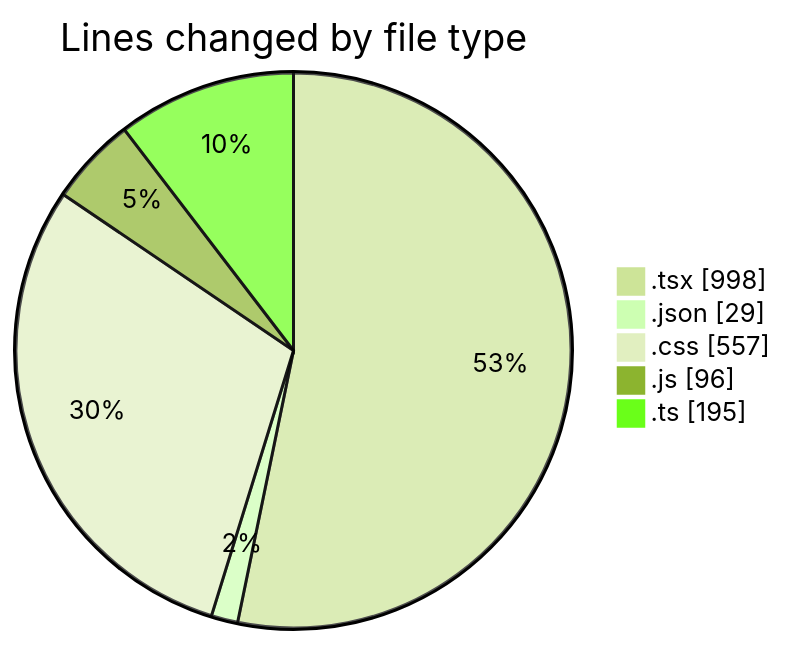
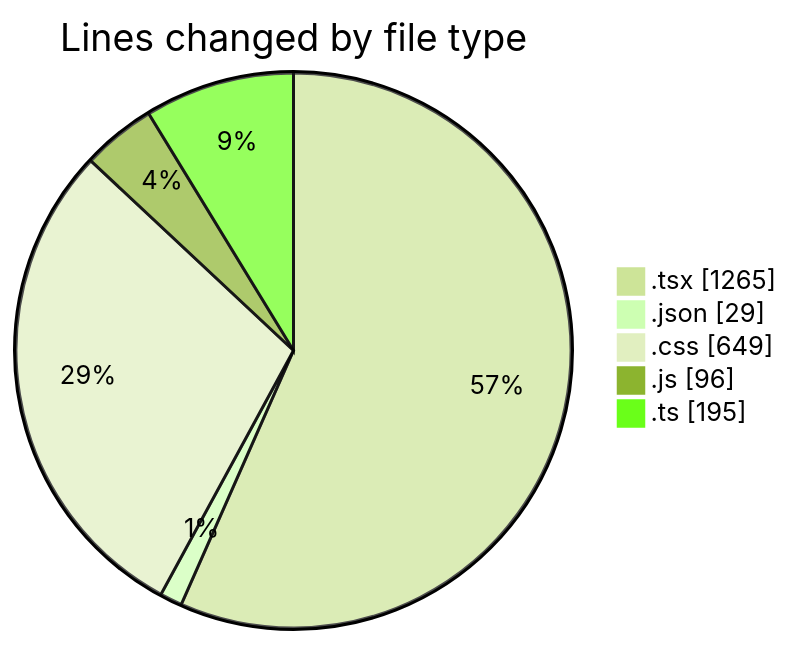
Before and after one commit to Elitesun/code-tracking: the first of 2 diagrams in 2025-05-15/laala_boost/README.md, drawn with Mermaid (forest theme). The commit also changed other lines of this file and 1 other file, not shown here.

````diff
--- a/2025-05-15/laala_boost/README.md
+++ b/2025-05-15/laala_boost/README.md
@@ -31,9 +31,9 @@
 ```mermaid
 pie showData
 title Lines changed by file type
-".tsx" : 998
+".tsx" : 1265
 ".json" : 29
-".css" : 557
+".css" : 649
 ".js" : 96
 ".ts" : 195
 ```
````
